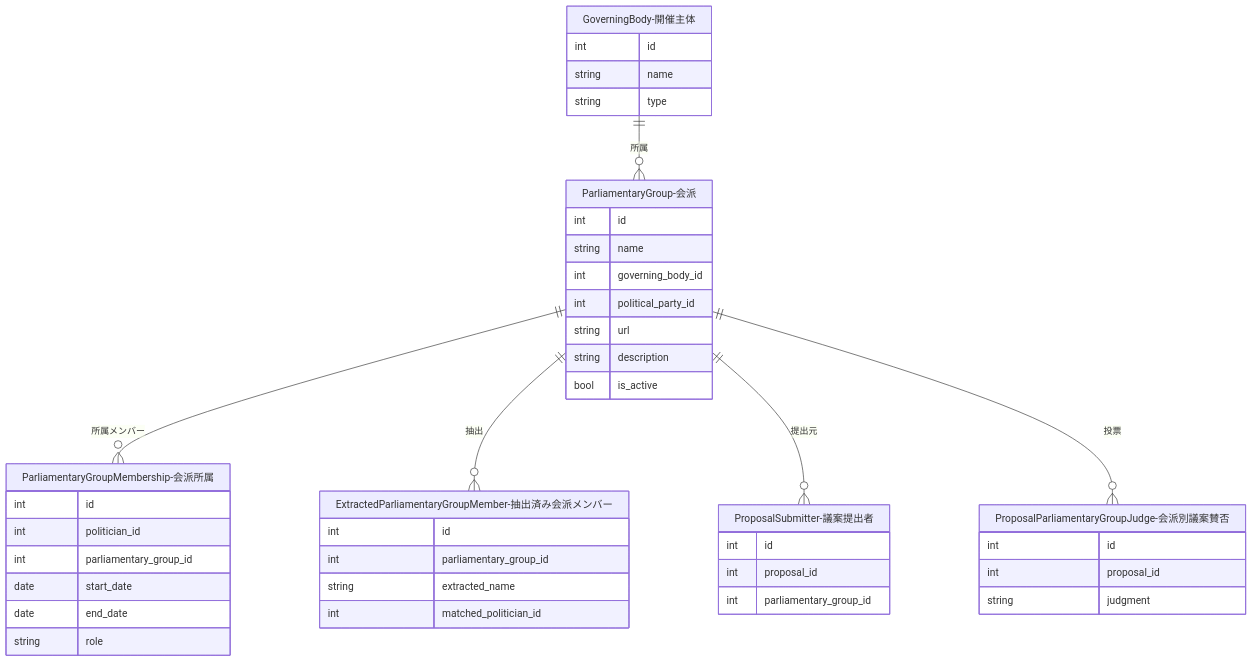
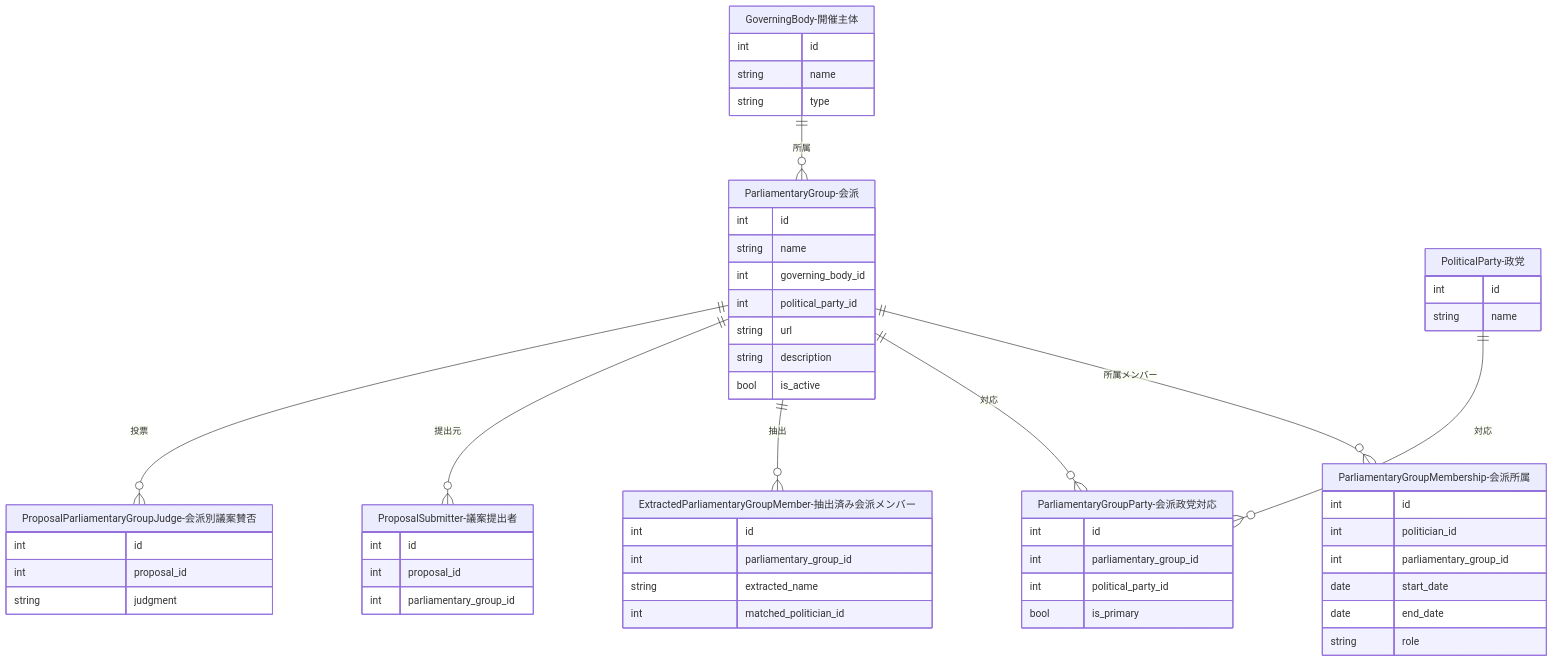
The first of 2 diagrams in docs/development/data-creation/parliamentary-group.md (sage-base/corporation-docs), drawn with Mermaid before and after one commit. The commit also changed other lines of this file and 7 other files, not shown here.

````diff
--- a/docs/development/data-creation/parliamentary-group.md
+++ b/docs/development/data-creation/parliamentary-group.md
@@ -32,52 +34,66 @@
 ```mermaid
 erDiagram
     GoverningBody-開催主体 ||--o{ ParliamentaryGroup-会派 : "所属"
     ParliamentaryGroup-会派 ||--o{ ParliamentaryGroupMembership-会派所属 : "所属メンバー"
+    ParliamentaryGroup-会派 ||--o{ ParliamentaryGroupParty-会派政党対応 : "対応"
     ParliamentaryGroup-会派 ||--o{ ExtractedParliamentaryGroupMember-抽出済み会派メンバー : "抽出"
     ParliamentaryGroup-会派 ||--o{ ProposalSubmitter-議案提出者 : "提出元"
     ParliamentaryGroup-会派 ||--o{ ProposalParliamentaryGroupJudge-会派別議案賛否 : "投票"
+    PoliticalParty-政党 ||--o{ ParliamentaryGroupParty-会派政党対応 : "対応"
 
     GoverningBody-開催主体 {
         int id
         string name
         string type
     }
 
     ParliamentaryGroup-会派 {
         int id
         string name
         int governing_body_id
         int political_party_id
         string url
         string description
         bool is_active
+    }
+
+    ParliamentaryGroupParty-会派政党対応 {
+        int id
+        int parliamentary_group_id
+        int political_party_id
+        bool is_primary
+    }
+
+    PoliticalParty-政党 {
+        int id
+        string name
     }
 
     ParliamentaryGroupMembership-会派所属 {
         int id
         int politician_id
         int parliamentary_group_id
         date start_date
         date end_date
         string role
     }
 
     ExtractedParliamentaryGroupMember-抽出済み会派メンバー {
         int id
         int parliamentary_group_id
         string extracted_name
         int matched_politician_id
     }
 
     ProposalSubmitter-議案提出者 {
         int id
         int proposal_id
         int parliamentary_group_id
     }
 
     ProposalParliamentaryGroupJudge-会派別議案賛否 {
         int id
         int proposal_id
         string judgment
     }
 ```
````
